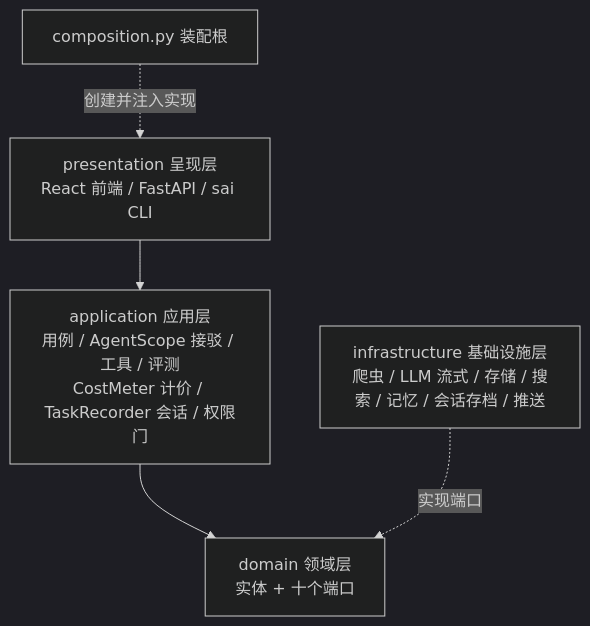
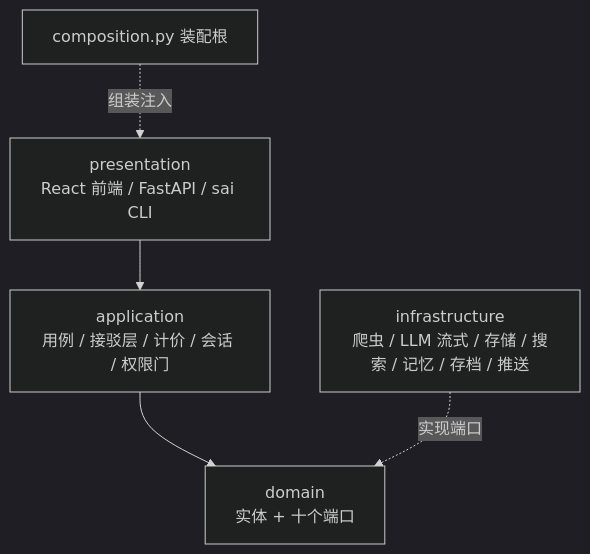
One commit to Baicaicn23/contest-agent changed the diagram in README.md. Above: the diagram before and after it, drawn with Mermaid (dark theme). The commit also changed other lines of this file and 1 other file, not shown here.

Commit message:
docs: README 按高分配方重写——hero 截图前置、快速开始 C 位、一句话定位、详情折叠/外链（模仿 fastapi/claude-code/shadcn-ui/immich/ai-chatbot 五篇）

````diff
--- a/README.md
+++ b/README.md
@@ -130,7 +76,7 @@
 ```mermaid
 flowchart TD
-    P[presentation 呈现层<br/>React 前端 / FastAPI / sai CLI] --> A[application 应用层<br/>用例 / AgentScope 接驳 / 工具 / 评测<br/>CostMeter 计价 / TaskRecorder 会话 / 权限门]
-    A --> D[domain 领域层<br/>实体 + 十个端口]
-    I[infrastructure 基础设施层<br/>爬虫 / LLM 流式 / 存储 / 搜索 / 记忆 / 会话存档 / 推送] -. 实现端口 .-> D
-    C[composition.py 装配根] -. 创建并注入实现 .-> P
+    P[presentation<br/>React 前端 / FastAPI / sai CLI] --> A[application<br/>用例 / 接驳层 / 计价 / 会话 / 权限门]
+    A --> D[domain<br/>实体 + 十个端口]
+    I[infrastructure<br/>爬虫 / LLM 流式 / 存储 / 搜索 / 记忆 / 存档 / 推送] -. 实现端口 .-> D
+    C[composition.py 装配根] -. 组装注入 .-> P
 ```
````
